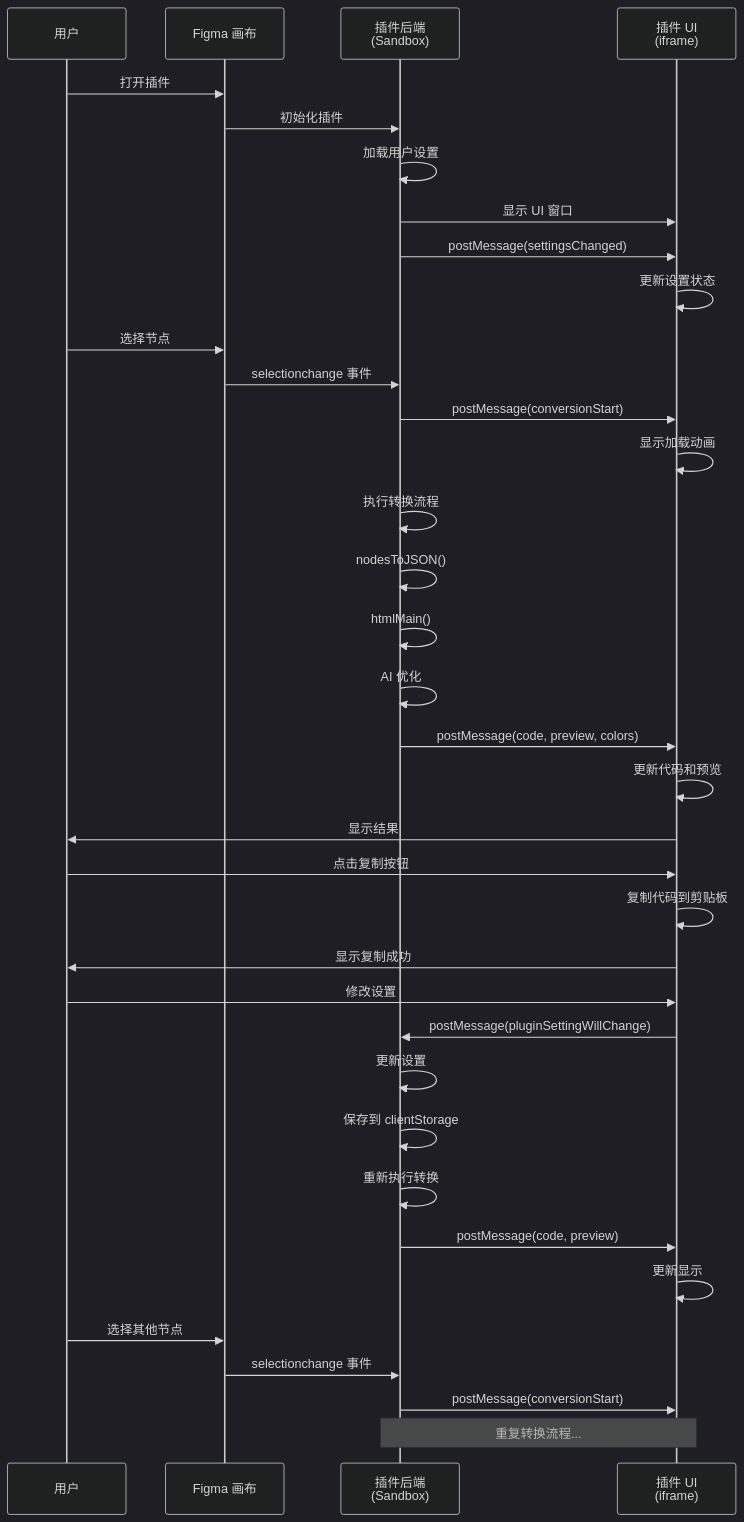
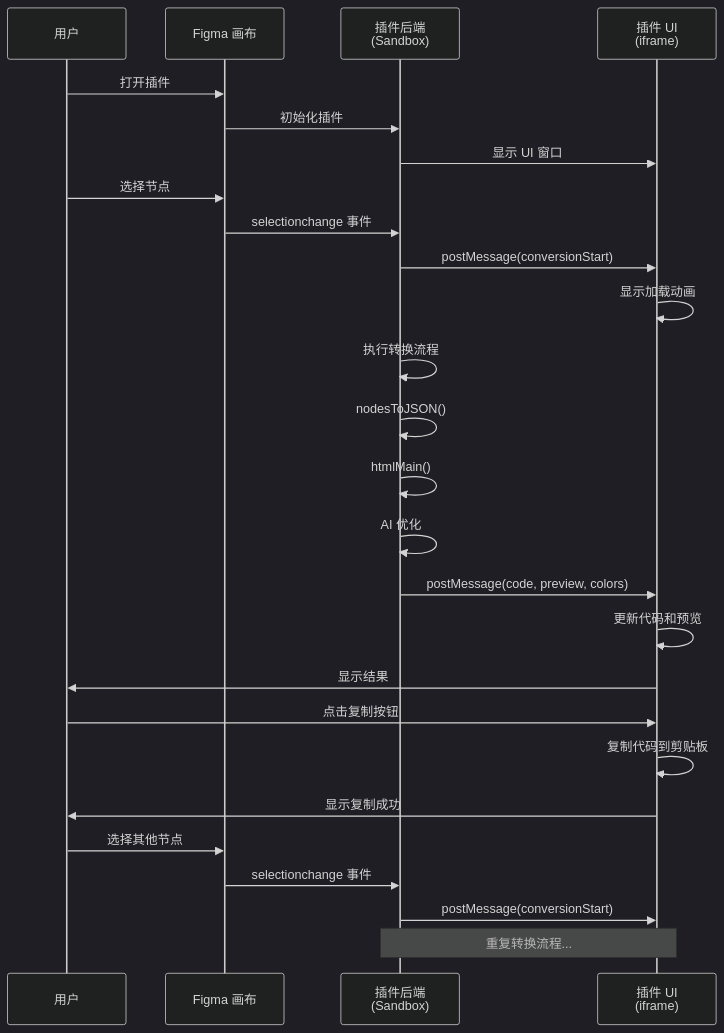
Before and after one commit to ziqingchuan/figma2code-plugin: the fifth of 8 diagrams in 文档/工作流程图.md, drawn with Mermaid (dark theme). The commit also changed other lines of this file and 7 other files, not shown here.

````diff
--- a/文档/工作流程图.md
+++ b/文档/工作流程图.md
@@ -246,45 +241,36 @@
 ```mermaid
 sequenceDiagram
     participant User as 用户
     participant Figma as Figma 画布
     participant Backend as 插件后端<br/>(Sandbox)
     participant UI as 插件 UI<br/>(iframe)
     
     User->>Figma: 打开插件
     Figma->>Backend: 初始化插件
-    Backend->>Backend: 加载用户设置
     Backend->>UI: 显示 UI 窗口
-    Backend->>UI: postMessage(settingsChanged)
-    UI->>UI: 更新设置状态
     
     User->>Figma: 选择节点
     Figma->>Backend: selectionchange 事件
     Backend->>UI: postMessage(conversionStart)
     UI->>UI: 显示加载动画
     
     Backend->>Backend: 执行转换流程
     Backend->>Backend: nodesToJSON()
     Backend->>Backend: htmlMain()
     Backend->>Backend: AI 优化
     
     Backend->>UI: postMessage(code, preview, colors)
     UI->>UI: 更新代码和预览
     UI->>User: 显示结果
     
     User->>UI: 点击复制按钮
     UI->>UI: 复制代码到剪贴板
     UI->>User: 显示复制成功
     
-    User->>UI: 修改设置
-    UI->>Backend: postMessage(pluginSettingWillChange)
-    Backend->>Backend: 更新设置
-    Backend->>Backend: 保存到 clientStorage
-    Backend->>Backend: 重新执行转换
-    Backend->>UI: postMessage(code, preview)
-    UI->>UI: 更新显示
+
     
     User->>Figma: 选择其他节点
     Figma->>Backend: selectionchange 事件
     Backend->>UI: postMessage(conversionStart)
     Note over Backend,UI: 重复转换流程...
 ```
````
